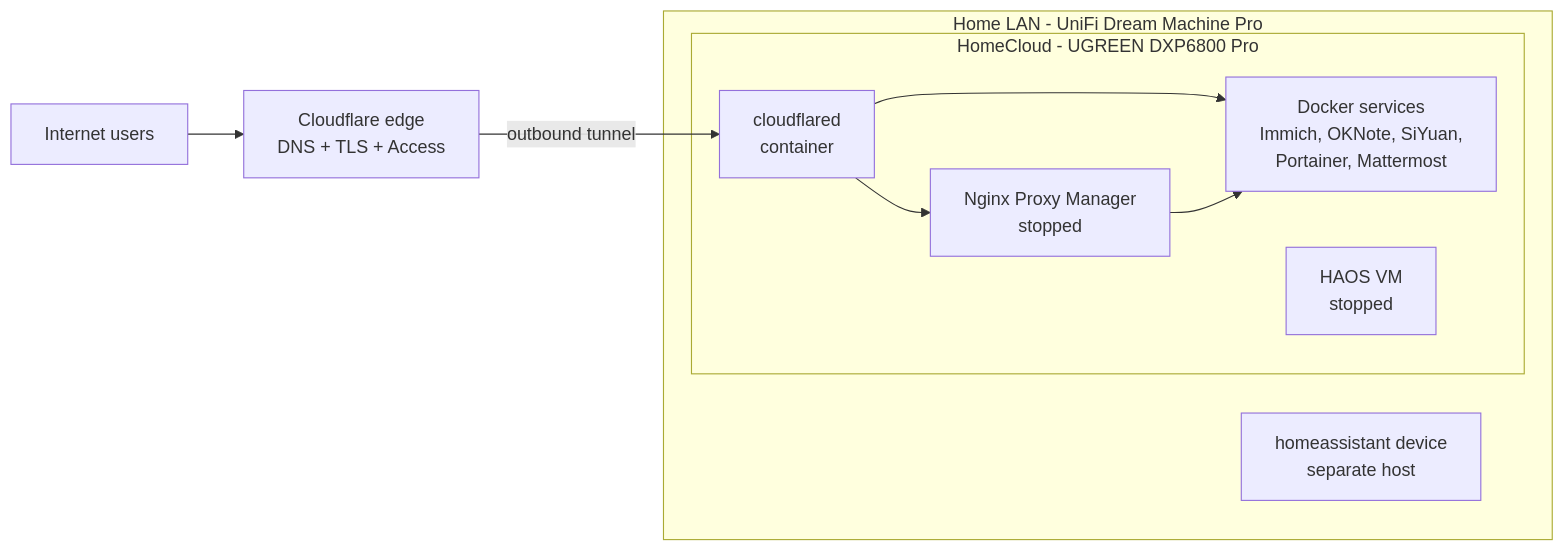
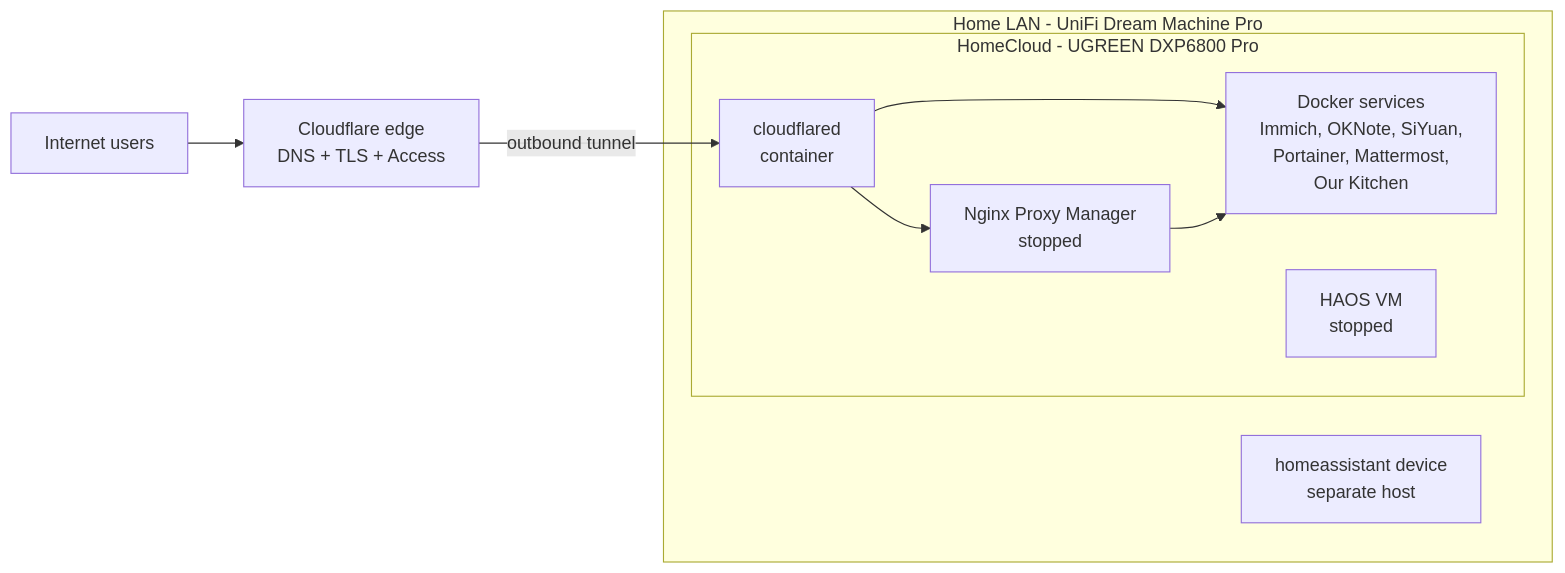
Before and after one commit to rushabh31/homecloud-nas: the diagram in README.md, drawn with Mermaid. The commit also changed other lines of this file and 11 other files, not shown here.

First line of the commit message:
meals: add Our Kitchen meal planner (kitchen.example.com)

````diff
--- a/README.md
+++ b/README.md
@@ -30,14 +30,14 @@
 ```mermaid
 flowchart LR
   U[Internet users] --> CF[Cloudflare edge<br/>DNS + TLS + Access]
   CF -- outbound tunnel --> CFD[cloudflared<br/>container]
   subgraph LAN[Home LAN - UniFi Dream Machine Pro]
     subgraph NAS[HomeCloud - UGREEN DXP6800 Pro]
       CFD --> NPM[Nginx Proxy Manager<br/>stopped]
       CFD --> APPS
-      NPM --> APPS[Docker services<br/>Immich, OKNote, SiYuan,<br/>Portainer, Mattermost]
+      NPM --> APPS[Docker services<br/>Immich, OKNote, SiYuan,<br/>Portainer, Mattermost,<br/>Our Kitchen]
       VM[HAOS VM<br/>stopped]
     end
     HA[homeassistant device<br/>separate host]
   end
 ```
````
